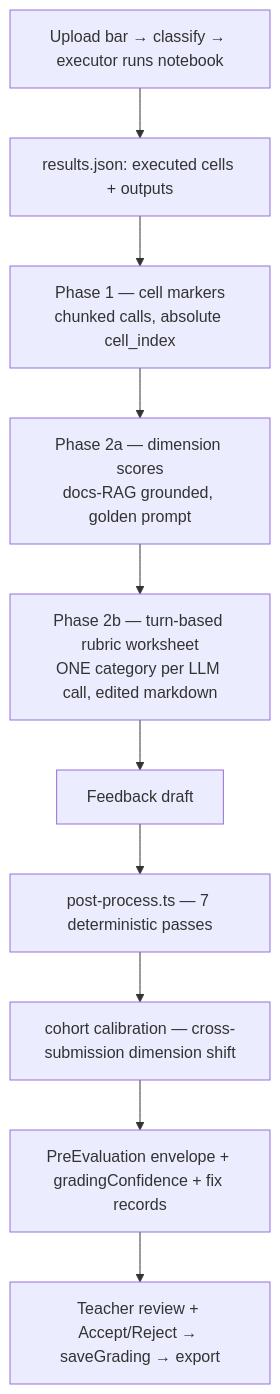
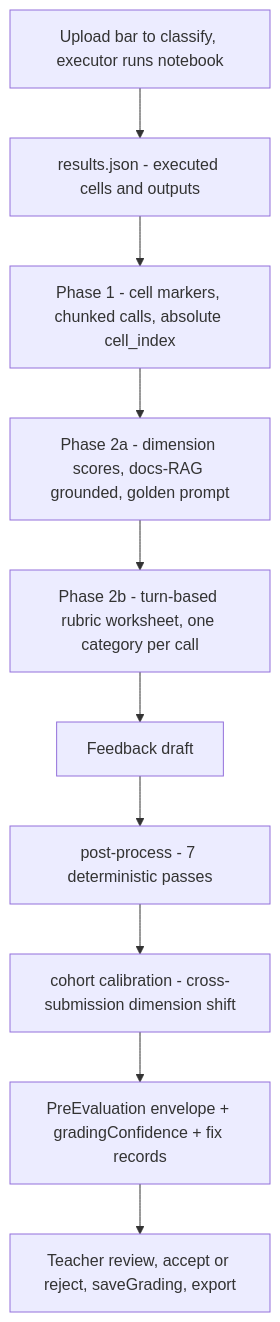
Before and after one commit to EmKaCe/scipro_review: the second of 3 diagrams in .github/references/architecture.md, drawn with Mermaid. The commit also changed other lines of this file and 1 other file, not shown here.

First line of the commit message:
docs: fix mermaid rendering + stale claims in architecture/concepts

````diff
--- a/.github/references/architecture.md
+++ b/.github/references/architecture.md
@@ -147,12 +148,12 @@
 ```mermaid
 flowchart TD
-    A[Upload bar → classify → executor runs notebook] --> B[results.json: executed cells + outputs]
-    B --> C[Phase 1 — cell markers<br/>chunked calls, absolute cell_index]
-    C --> P2A[Phase 2a — dimension scores<br/>docs-RAG grounded, golden prompt]
-    P2A --> P2B[Phase 2b — turn-based rubric worksheet<br/>ONE category per LLM call, edited markdown]
+    A[Upload bar to classify, executor runs notebook] --> B[results.json - executed cells and outputs]
+    B --> C[Phase 1 - cell markers, chunked calls, absolute cell_index]
+    C --> P2A[Phase 2a - dimension scores, docs-RAG grounded, golden prompt]
+    P2A --> P2B[Phase 2b - turn-based rubric worksheet, one category per call]
     P2B --> D[Feedback draft]
-    D --> E[post-process.ts — 7 deterministic passes]
-    E --> F[cohort calibration — cross-submission dimension shift]
+    D --> E[post-process - 7 deterministic passes]
+    E --> F[cohort calibration - cross-submission dimension shift]
     F --> G[PreEvaluation envelope + gradingConfidence + fix records]
-    G --> H[Teacher review + Accept/Reject → saveGrading → export]
+    G --> H[Teacher review, accept or reject, saveGrading, export]
 ```
````
